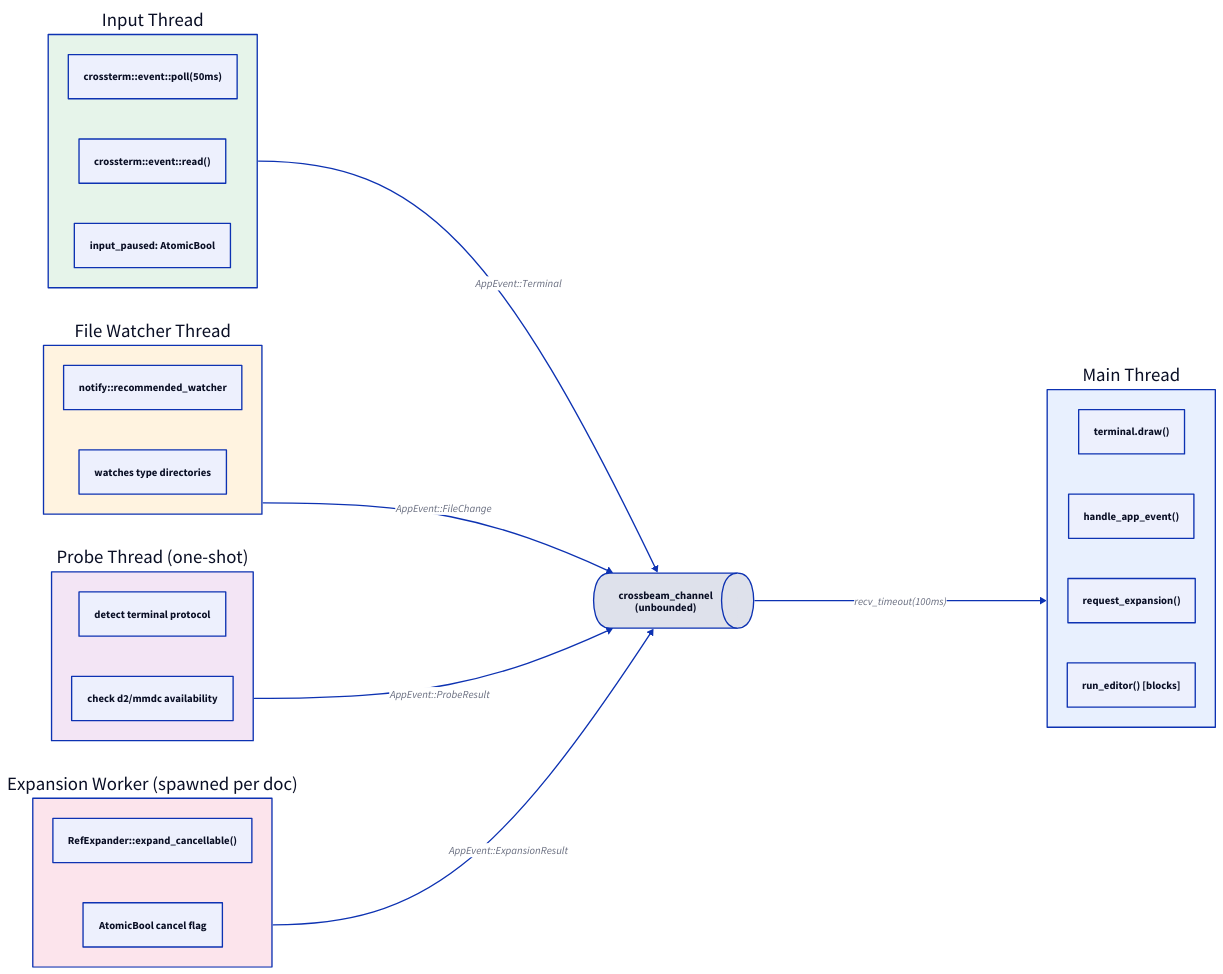
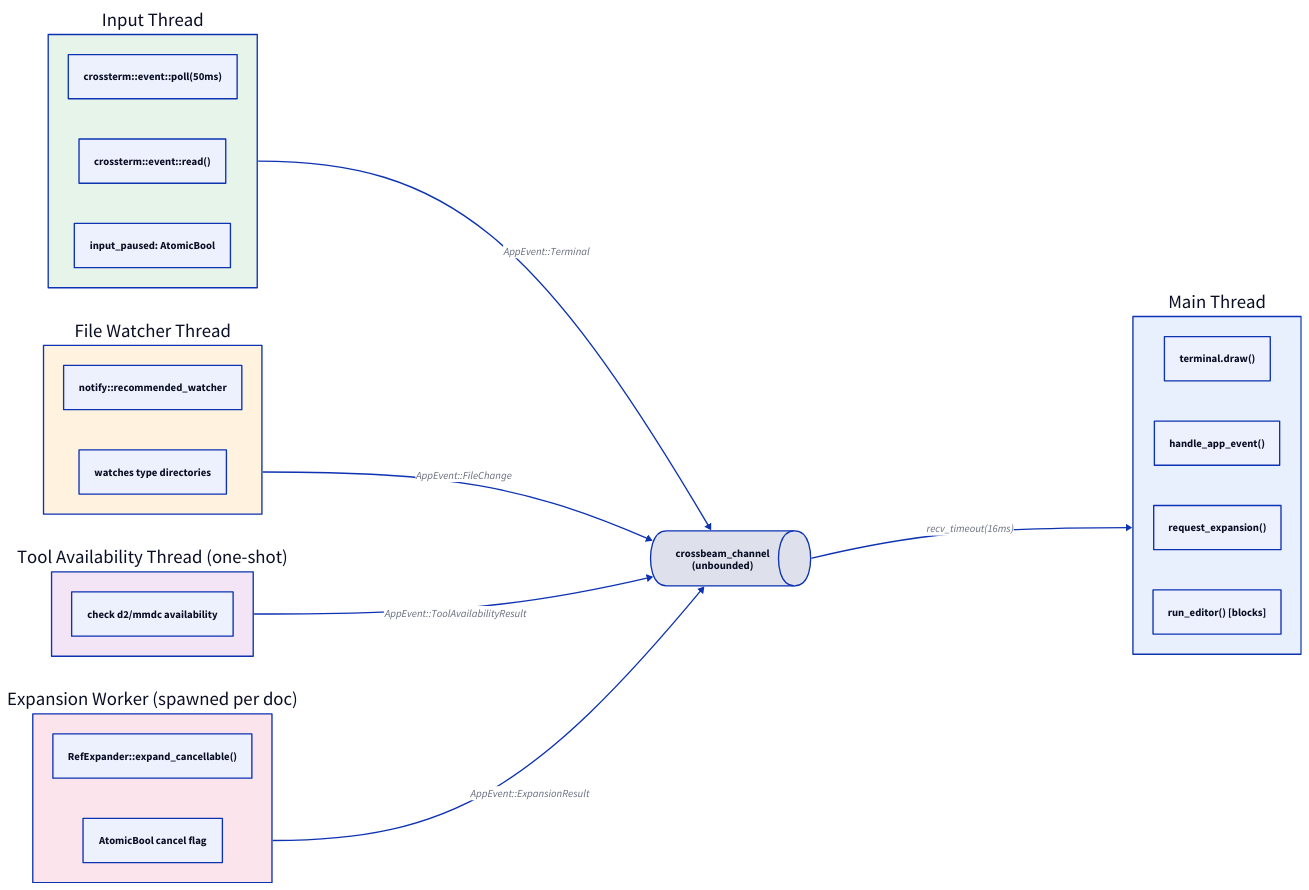
One commit to jkaloger/lazyspec changed the diagram in docs/architecture/ARCH-005-tui/threading-model.md. Above: the diagram before and after it, drawn with D2. The commit also changed other lines of this file and 8 other files, not shown here.

````diff
--- a/docs/architecture/ARCH-005-tui/threading-model.md
+++ b/docs/architecture/ARCH-005-tui/threading-model.md
@@ -18,46 +20,45 @@
 ```d2
 direction: right
 
 main_thread: "Main Thread" {
   style.fill: "#e8f0fe"
   draw: "terminal.draw()"
   dispatch: "handle_app_event()"
   expansion_req: "request_expansion()"
   editor: "run_editor() [blocks]"
 }
 
 input_thread: "Input Thread" {
   style.fill: "#e6f4ea"
   poll: "crossterm::event::poll(50ms)"
   read: "crossterm::event::read()"
   pause: "input_paused: AtomicBool"
 }
 
 watcher_thread: "File Watcher Thread" {
   style.fill: "#fff3e0"
   notify: "notify::recommended_watcher"
   dirs: "watches type directories"
 }
 
-probe_thread: "Probe Thread (one-shot)" {
+probe_thread: "Tool Availability Thread (one-shot)" {
   style.fill: "#f3e5f5"
-  picker: "detect terminal protocol"
   tools: "check d2/mmdc availability"
 }
 
 expansion_worker: "Expansion Worker (spawned per doc)" {
   style.fill: "#fce4ec"
   ref_expand: "RefExpander::expand_cancellable()"
   cancel: "AtomicBool cancel flag"
 }
 
 channel: "crossbeam_channel\n(unbounded)" {
   shape: queue
 }
 
 input_thread -> channel: "AppEvent::Terminal"
 watcher_thread -> channel: "AppEvent::FileChange"
-probe_thread -> channel: "AppEvent::ProbeResult"
+probe_thread -> channel: "AppEvent::ToolAvailabilityResult"
 expansion_worker -> channel: "AppEvent::ExpansionResult"
-channel -> main_thread: "recv_timeout(100ms)"
+channel -> main_thread: "recv_timeout(16ms)"
 ```
````
